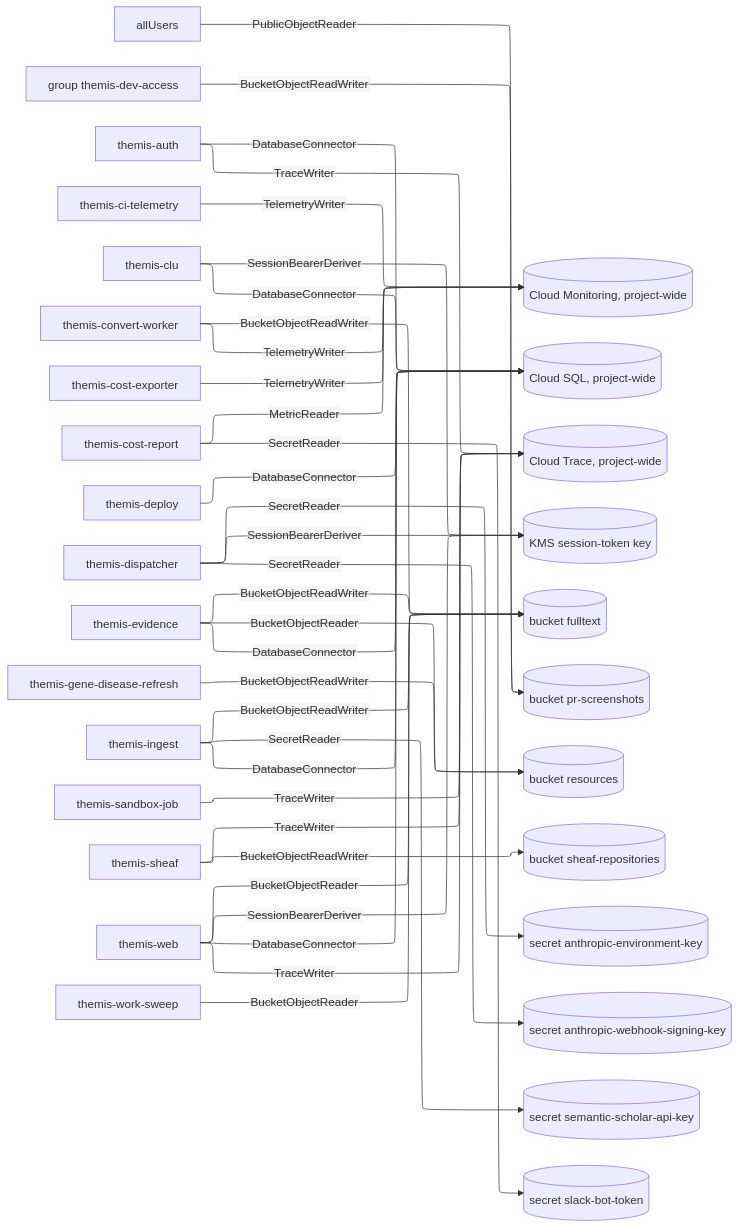
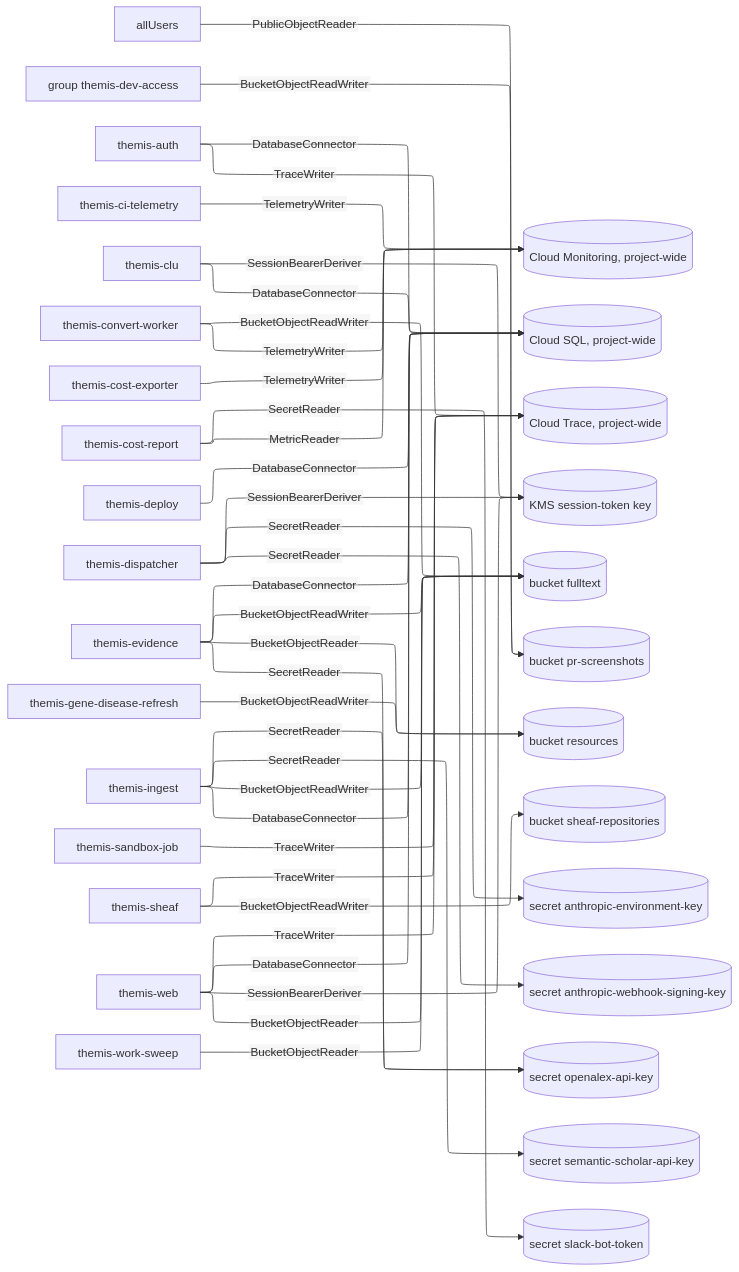
One commit to populationgenomics/themis changed the diagram in docs/design/grants/data.mmd. Above: the diagram before and after it, drawn with Mermaid. The commit also changed 79 other files, not shown here.

```diff
--- a/docs/design/grants/data.mmd
+++ b/docs/design/grants/data.mmd
@@ -1,62 +1,65 @@
 %%{init: {"layout": "elk", "elk": {"mergeEdges": true, "nodePlacementStrategy": "NETWORK_SIMPLEX"}, "htmlLabels": false, "flowchart": {"htmlLabels": false, "wrappingWidth": 320}}}%%
 flowchart LR
     n0["allUsers"]
     n1["group themis-dev-access"]
     n2["themis-auth"]
     n3["themis-ci-telemetry"]
     n4["themis-clu"]
     n5["themis-convert-worker"]
     n6["themis-cost-exporter"]
     n7["themis-cost-report"]
     n8["themis-deploy"]
     n9["themis-dispatcher"]
     n10["themis-evidence"]
     n11["themis-gene-disease-refresh"]
     n12["themis-ingest"]
     n13["themis-sandbox-job"]
     n14["themis-sheaf"]
     n15["themis-web"]
     n16["themis-work-sweep"]
     n17[("Cloud Monitoring, project-wide")]
     n18[("Cloud SQL, project-wide")]
     n19[("Cloud Trace, project-wide")]
     n20[("KMS session-token key")]
     n21[("bucket fulltext")]
     n22[("bucket pr-screenshots")]
     n23[("bucket resources")]
     n24[("bucket sheaf-repositories")]
     n25[("secret anthropic-environment-key")]
     n26[("secret anthropic-webhook-signing-key")]
-    n27[("secret semantic-scholar-api-key")]
-    n28[("secret slack-bot-token")]
+    n27[("secret openalex-api-key")]
+    n28[("secret semantic-scholar-api-key")]
+    n29[("secret slack-bot-token")]
     n0 -->|PublicObjectReader| n22
     n1 -->|BucketObjectReadWriter| n22
     n2 -->|DatabaseConnector| n18
     n2 -->|TraceWriter| n19
     n3 -->|TelemetryWriter| n17
     n4 -->|DatabaseConnector| n18
     n4 -->|SessionBearerDeriver| n20
     n5 -->|BucketObjectReadWriter| n21
     n5 -->|TelemetryWriter| n17
     n6 -->|TelemetryWriter| n17
     n7 -->|MetricReader| n17
-    n7 -->|SecretReader| n28
+    n7 -->|SecretReader| n29
     n8 -->|DatabaseConnector| n18
     n9 -->|SecretReader| n25
     n9 -->|SecretReader| n26
     n9 -->|SessionBearerDeriver| n20
     n10 -->|BucketObjectReadWriter| n21
     n10 -->|BucketObjectReader| n23
     n10 -->|DatabaseConnector| n18
+    n10 -->|SecretReader| n27
     n11 -->|BucketObjectReadWriter| n23
     n12 -->|BucketObjectReadWriter| n21
     n12 -->|DatabaseConnector| n18
     n12 -->|SecretReader| n27
+    n12 -->|SecretReader| n28
     n13 -->|TraceWriter| n19
     n14 -->|BucketObjectReadWriter| n24
     n14 -->|TraceWriter| n19
     n15 -->|BucketObjectReader| n21
     n15 -->|DatabaseConnector| n18
     n15 -->|SessionBearerDeriver| n20
     n15 -->|TraceWriter| n19
     n16 -->|BucketObjectReader| n21
```
